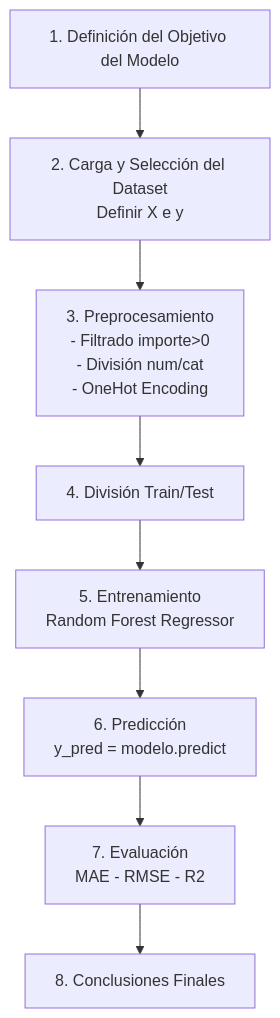
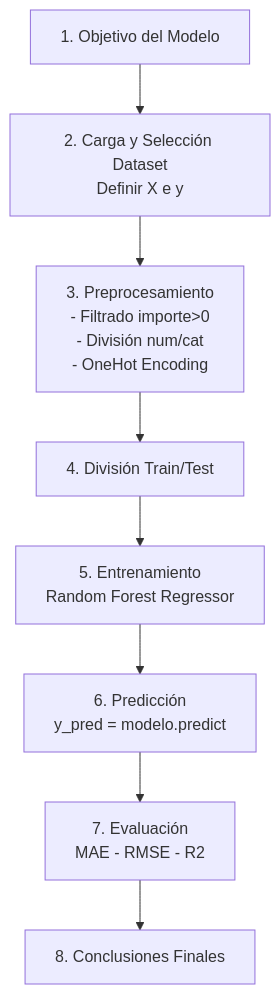
Before and after one commit to AxelJZ/Proyecto-Tienda-Aurelion: the diagram in README.md, drawn with Mermaid. The commit also changed 2 other files, not shown here.

Commit message:
Actualización de Programa.py, añadiendo nueva opción para ejecución de análisis y muestra de resultados de Machine Learning (Random Forest)

````diff
--- a/README.md
+++ b/README.md
@@ -154,14 +154,14 @@
 ```mermaid
 flowchart TD
 
-A[1. Definición del Objetivo del Modelo]
-B[2. Carga y Selección del Dataset<br/>Definir X e y]
+A[1. Objetivo del Modelo]
+B[2. Carga y Selección Dataset<br/>Definir X e y]
 C[3. Preprocesamiento<br/>- Filtrado importe>0<br/>- División num/cat<br/>- OneHot Encoding]
 D[4. División Train/Test]
 E[5. Entrenamiento<br/>Random Forest Regressor]
 F[6. Predicción<br/>y_pred = modelo.predict]
 G[7. Evaluación<br/>MAE - RMSE - R2]
 H[8. Conclusiones Finales]
 
 A --> B --> C --> D --> E --> F --> G --> H
 ```
````
